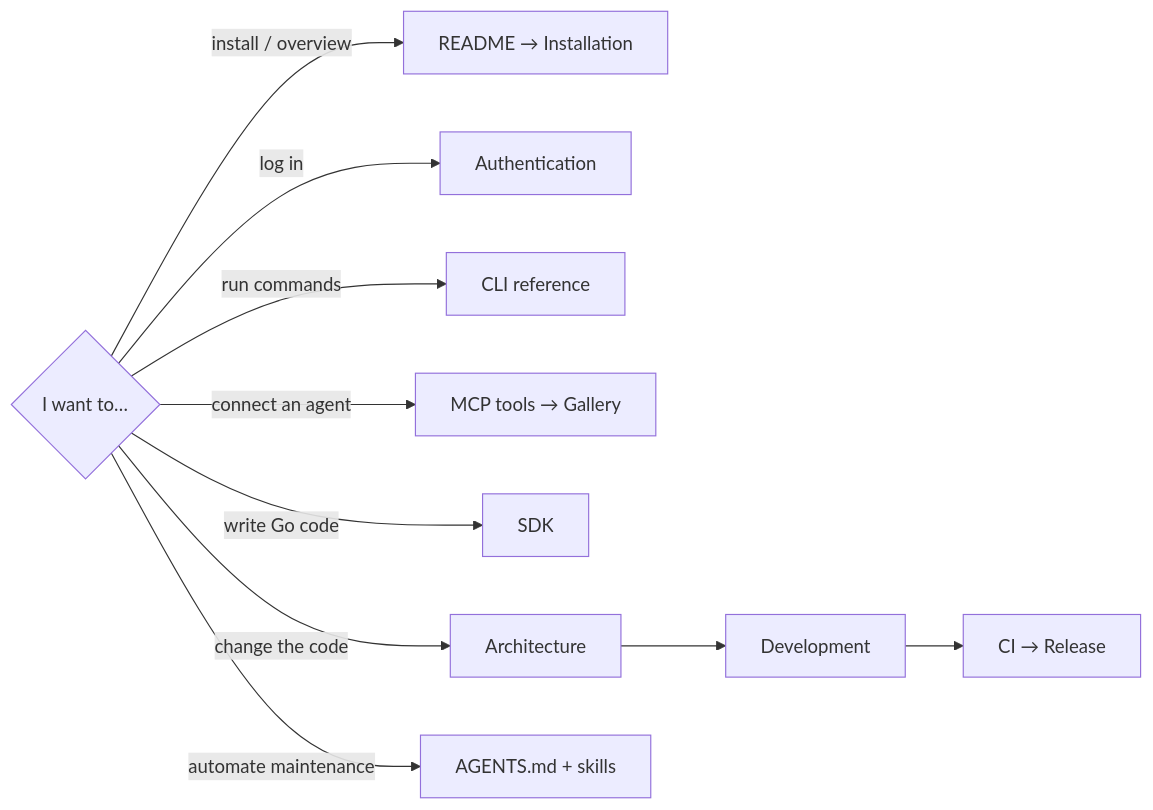
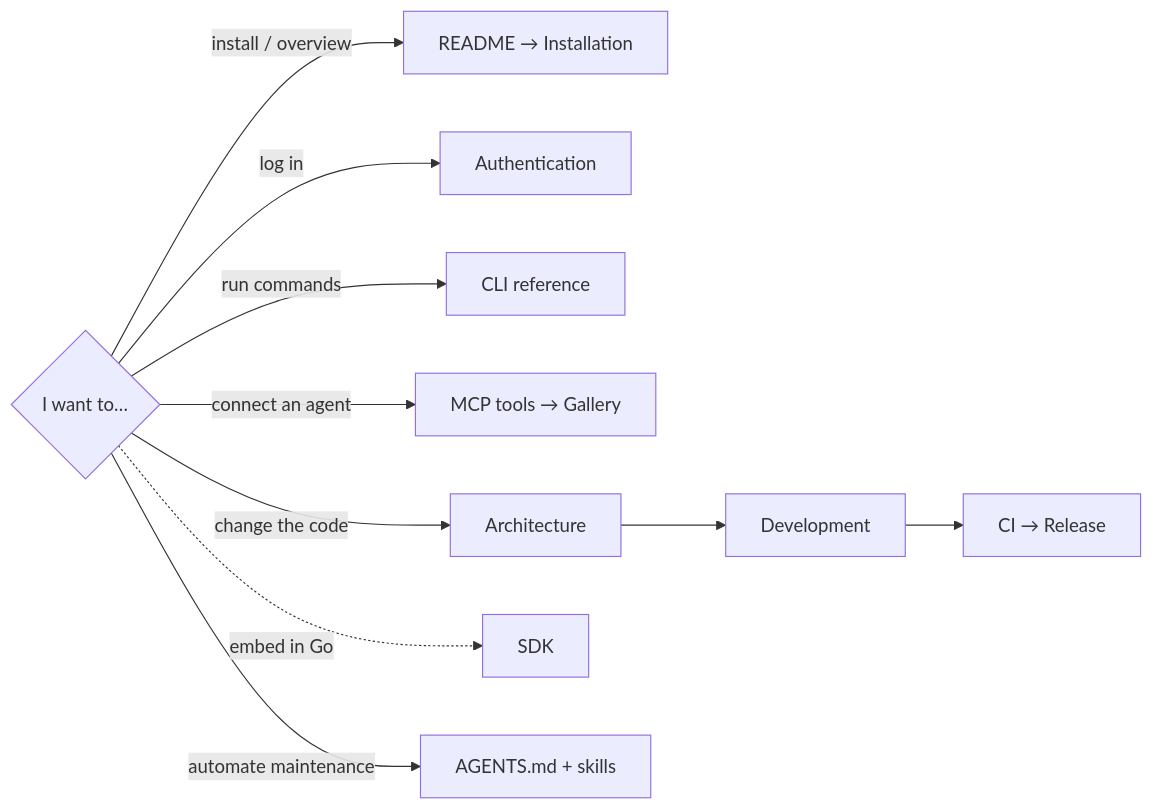
The diagram in docs/index.md (FlanChanXwO/pixiv-cli), drawn with Mermaid before and after one commit. The commit also changed other lines of this file and 3 other files, not shown here.

````diff
--- a/docs/index.md
+++ b/docs/index.md
@@ -5,10 +5,10 @@
 ```mermaid
 flowchart LR
     Q{"I want to…"} -->|"install / overview"| R["README → Installation"]
     Q -->|"log in"| AU["Authentication"]
     Q -->|"run commands"| C["CLI reference"]
     Q -->|"connect an agent"| M["MCP tools → Gallery"]
-    Q -->|"write Go code"| S["SDK"]
     Q -->|"change the code"| A["Architecture"] --> D["Development"] --> CI["CI → Release"]
+    Q -.->|"embed in Go"| S["SDK"]
     Q -->|"automate maintenance"| AG["AGENTS.md + skills"]
 ```
````
